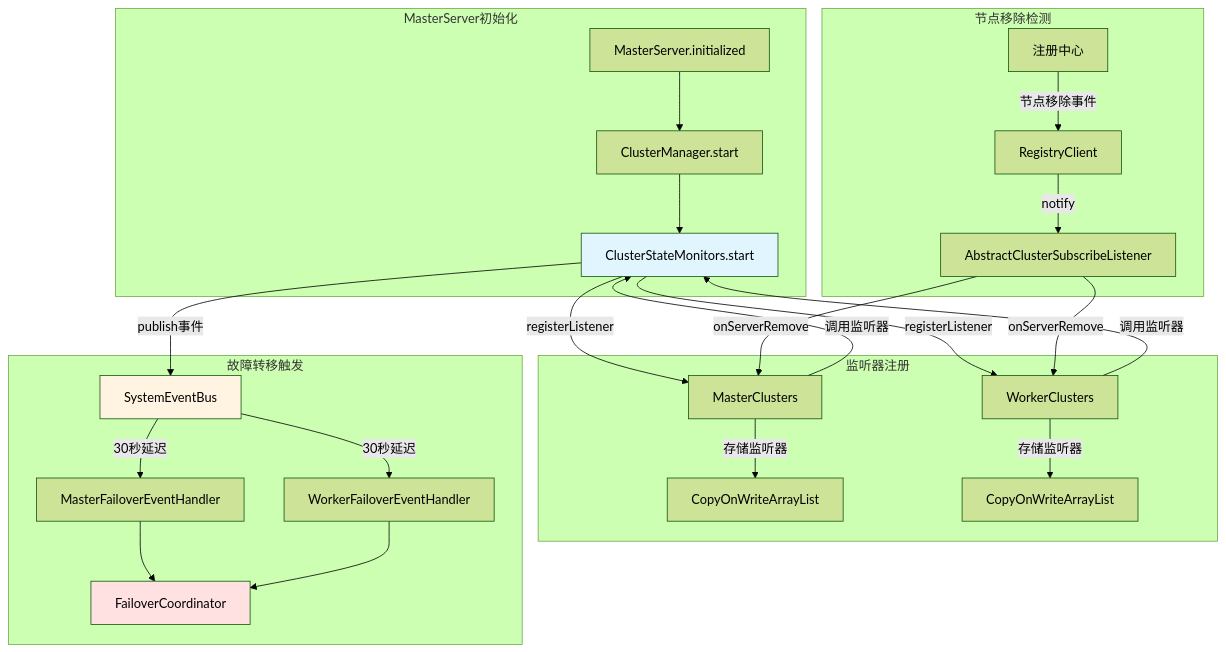
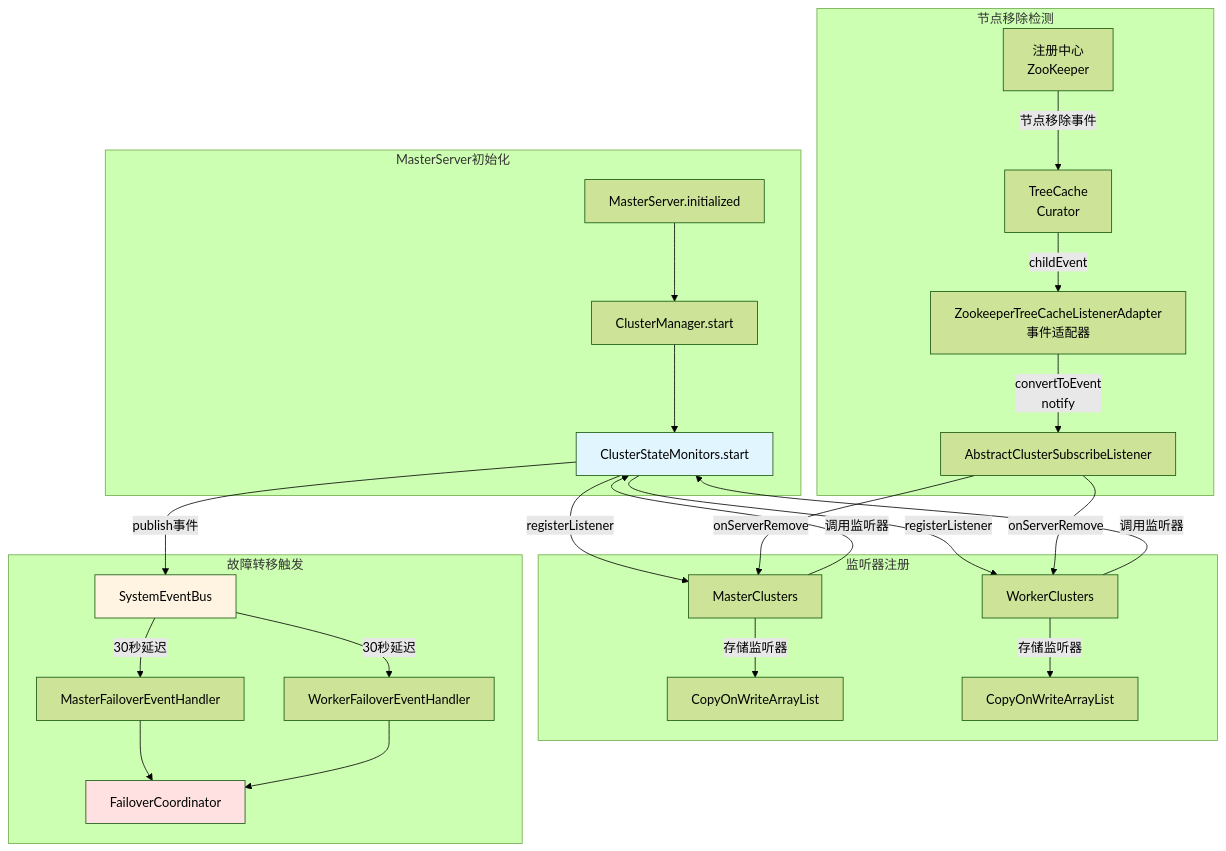
One commit to vanchan5/dolphinscheduler changed the second of 5 diagrams in dolphinscheduler-master/analyze/master启动/7-服务故障转移管理/服务故障转移.md. Above: the diagram before and after it, drawn with Mermaid (forest theme). The commit also changed other lines of this file, not shown here.

````diff
--- a/dolphinscheduler-master/analyze/master启动/7-服务故障转移管理/服务故障转移.md
+++ b/dolphinscheduler-master/analyze/master启动/7-服务故障转移管理/服务故障转移.md
@@ -155,38 +160,39 @@
 ```mermaid
 graph TB
     subgraph "MasterServer初始化"
         MS[MasterServer.initialized]
         CM[ClusterManager.start]
         CSM[ClusterStateMonitors.start]
         MS --> CM
         CM --> CSM
     end
     
     subgraph "监听器注册"
         CSM -->|registerListener| MC[MasterClusters]
         CSM -->|registerListener| WC[WorkerClusters]
         MC -->|存储监听器| CL1[CopyOnWriteArrayList]
         WC -->|存储监听器| CL2[CopyOnWriteArrayList]
     end
     
     subgraph "节点移除检测"
-        ZK[注册中心] -->|节点移除事件| RC[RegistryClient]
-        RC -->|notify| ACSL[AbstractClusterSubscribeListener]
+        ZK[注册中心<br/>ZooKeeper] -->|节点移除事件| TC[TreeCache<br/>Curator]
+        TC -->|childEvent| ZTCLA[ZookeeperTreeCacheListenerAdapter<br/>事件适配器]
+        ZTCLA -->|convertToEvent<br/>notify| ACSL[AbstractClusterSubscribeListener]
         ACSL -->|onServerRemove| MC
         ACSL -->|onServerRemove| WC
     end
     
     subgraph "故障转移触发"
         MC -->|调用监听器| CSM
         WC -->|调用监听器| CSM
         CSM -->|publish事件| SEB[SystemEventBus]
         SEB -->|30秒延迟| MFH[MasterFailoverEventHandler]
         SEB -->|30秒延迟| WFH[WorkerFailoverEventHandler]
         MFH --> FC[FailoverCoordinator]
         WFH --> FC
     end
     
     style CSM fill:#e1f5ff
     style SEB fill:#fff4e1
     style FC fill:#ffe1e1
 ```
````
